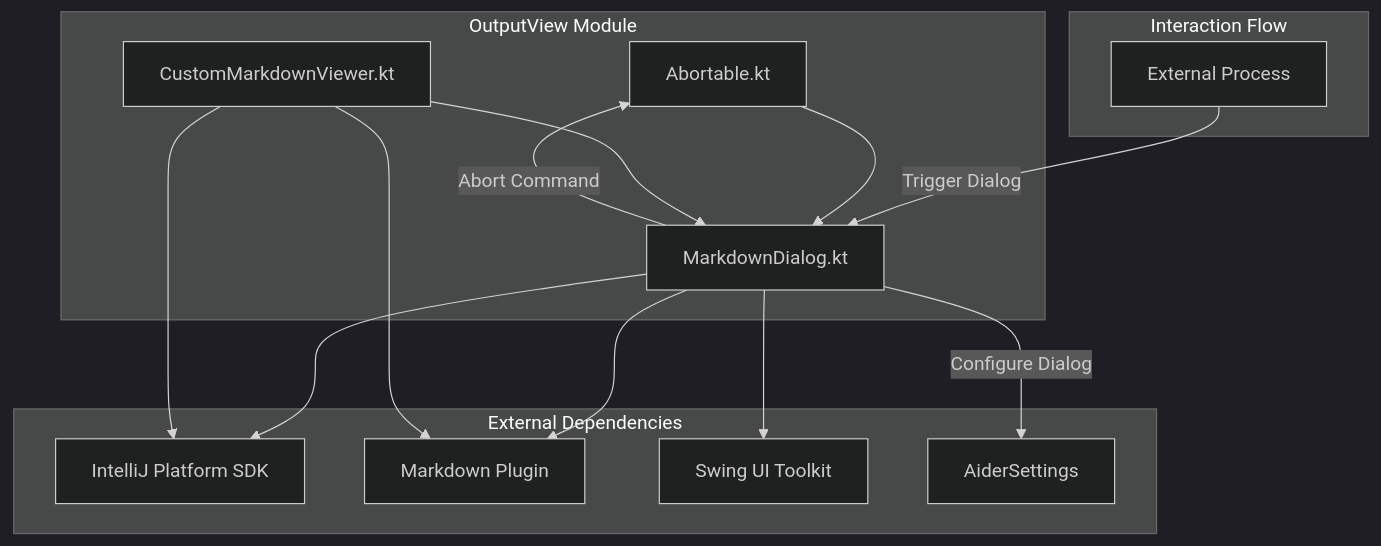
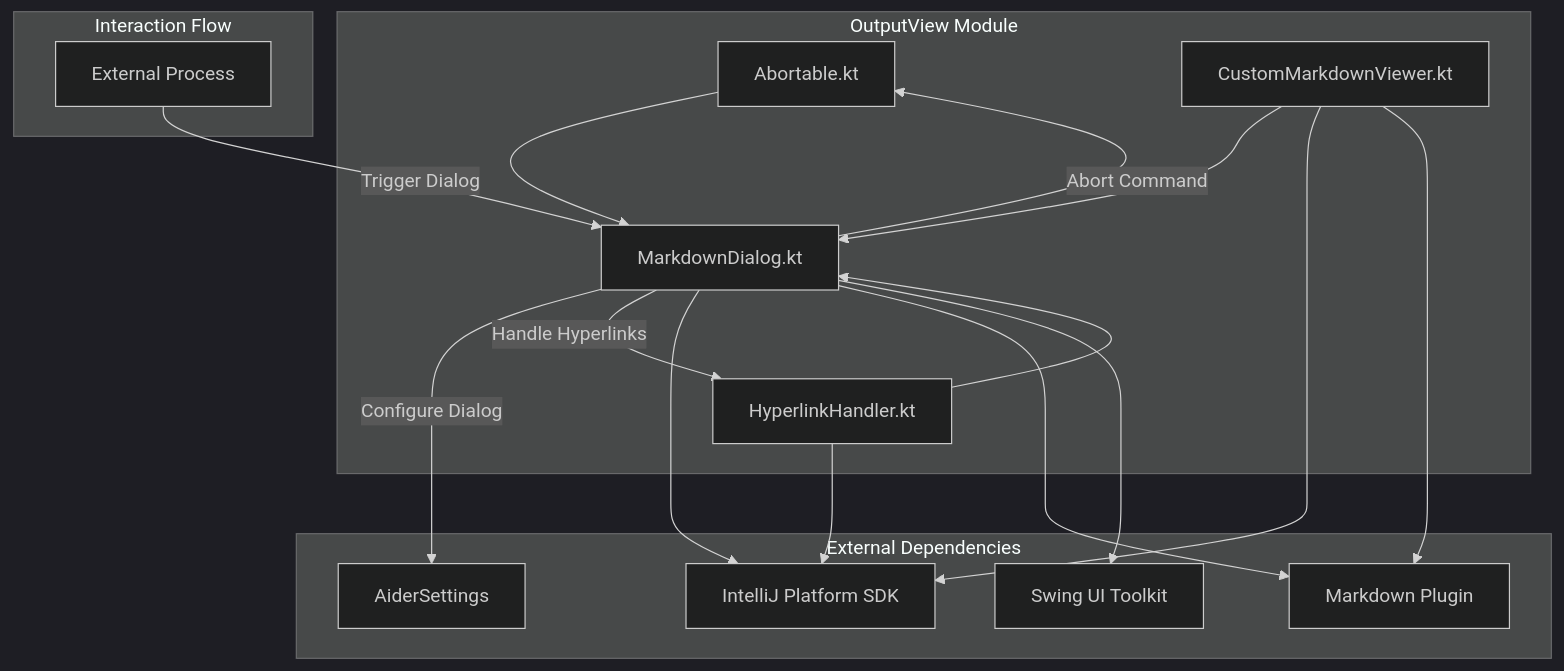
The diagram in src/main/kotlin/de/andrena/codingaider/outputview/outputview.md (p-wegner/coding-aider), drawn with Mermaid (dark theme) before and after one commit. The commit also changed other lines of this file, not shown here.

Commit message:
docs: Add HyperlinkHandler to Output View module documentation

````diff
--- a/src/main/kotlin/de/andrena/codingaider/outputview/outputview.md
+++ b/src/main/kotlin/de/andrena/codingaider/outputview/outputview.md
@@ -14,29 +15,33 @@
 ```mermaid
 graph TD
     subgraph OutputView Module
         A[Abortable.kt]
         B[MarkdownDialog.kt]
         C[CustomMarkdownViewer.kt]
+        D[HyperlinkHandler.kt]
     end
     
     subgraph External Dependencies
-        D[IntelliJ Platform SDK]
-        E[Markdown Plugin]
-        F[Swing UI Toolkit]
-        G[AiderSettings]
+        E[IntelliJ Platform SDK]
+        F[Markdown Plugin]
+        G[Swing UI Toolkit]
+        H[AiderSettings]
     end
     
     subgraph Interaction Flow
-        H[External Process] -->|Trigger Dialog| B
+        I[External Process] -->|Trigger Dialog| B
         B -->|Abort Command| A
-        B -->|Configure Dialog| G
+        B -->|Configure Dialog| H
+        B -->|Handle Hyperlinks| D
     end
     
-    B --> D
     B --> E
     B --> F
+    B --> G
     A --> B
     C --> B
-    C --> D
     C --> E
+    C --> F
+    D --> B
+    D --> E
 ```
````
